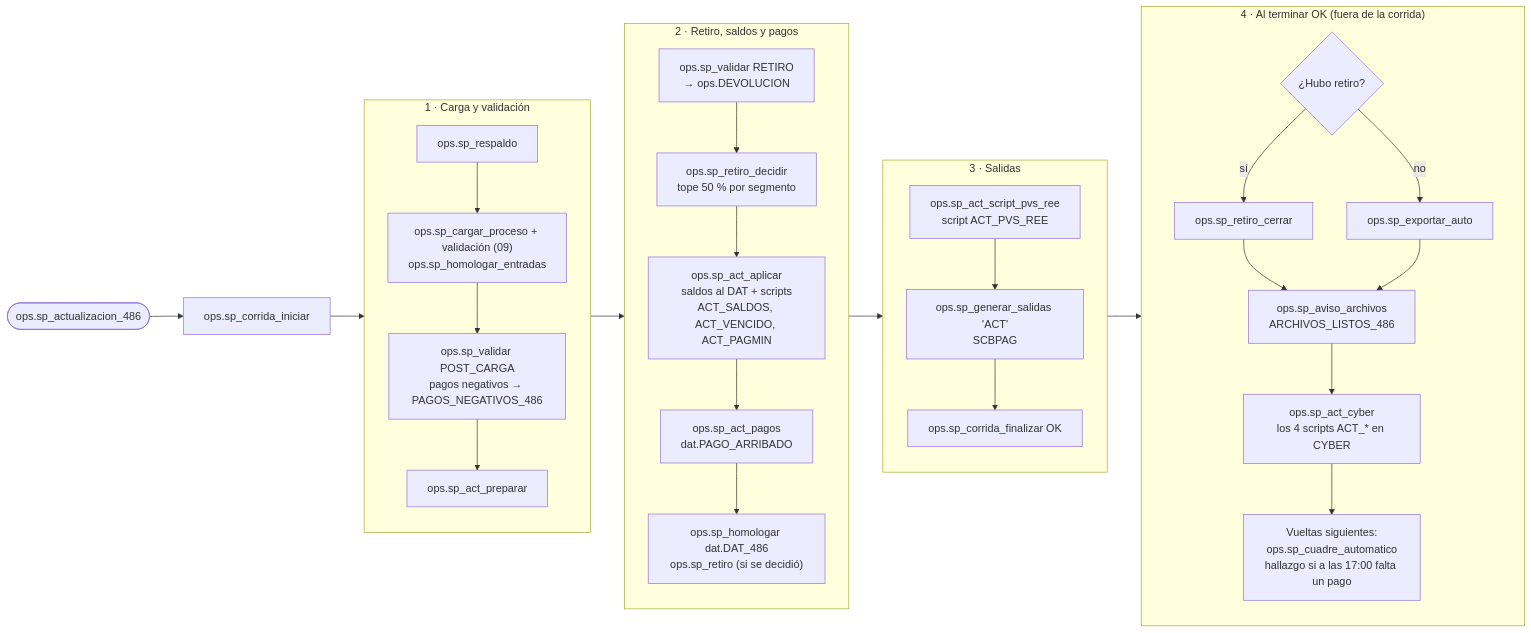
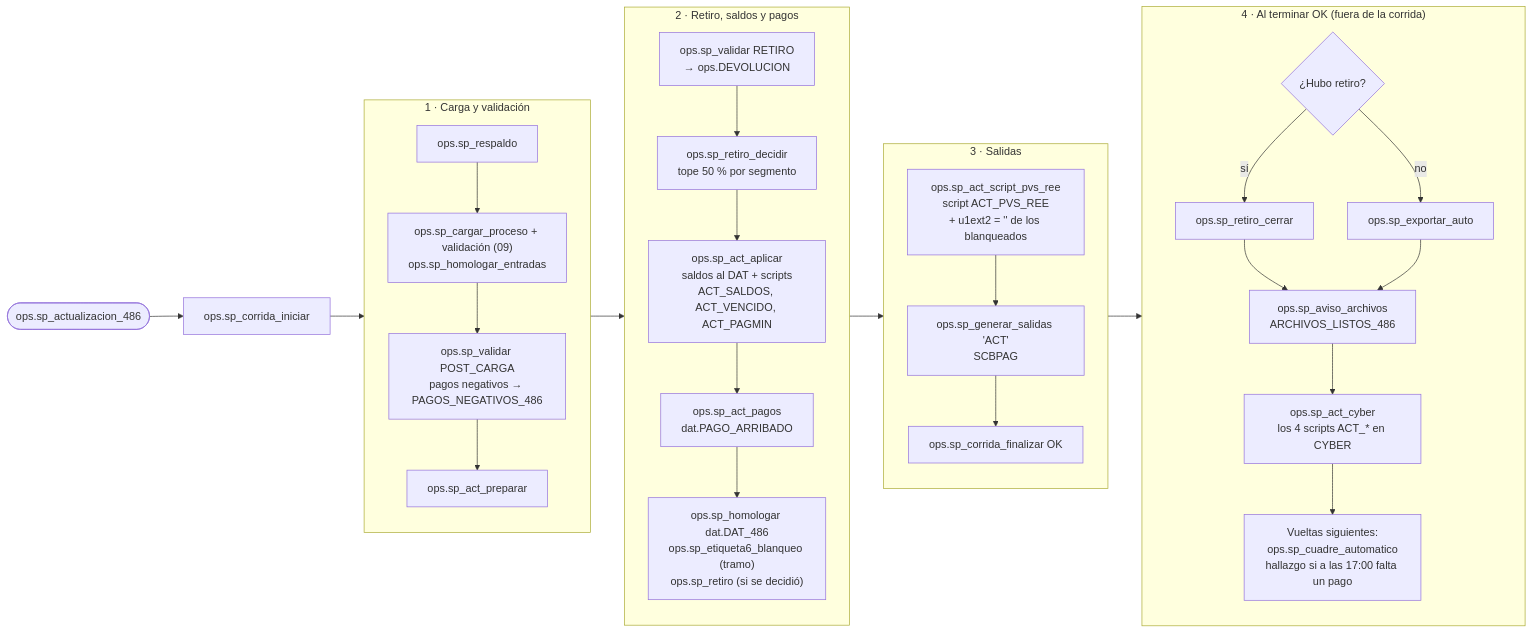
The diagram in docs/flujo/mmd/04_actualizacion.mmd (0marMF/Banbaj), drawn with Mermaid before and after one commit. The commit also changed 39 other files, not shown here.

First line of the commit message:
Validación de corridas de prueba en los scripts 06/07 y flujo 11; ETIQUETA6 en el DAT de AEM y en el CSV de MIS

```diff
--- a/docs/flujo/mmd/04_actualizacion.mmd
+++ b/docs/flujo/mmd/04_actualizacion.mmd
@@ -1,33 +1,33 @@
 flowchart LR
     S(["ops.sp_actualizacion_486"]) --> S1["ops.sp_corrida_iniciar"]
     subgraph F1["1 · Carga y validación"]
         direction TB
         A1["ops.sp_respaldo"] --> A2["ops.sp_cargar_proceso + validación (09)<br/>ops.sp_homologar_entradas"]
         A2 --> A3["ops.sp_validar POST_CARGA<br/>pagos negativos → PAGOS_NEGATIVOS_486"]
         A3 --> A4["ops.sp_act_preparar"]
     end
     subgraph F2["2 · Retiro, saldos y pagos"]
         direction TB
         A5["ops.sp_validar RETIRO<br/>→ ops.DEVOLUCION"] --> A6["ops.sp_retiro_decidir<br/>tope 50 % por segmento"]
         A6 --> A7["ops.sp_act_aplicar<br/>saldos al DAT + scripts<br/>ACT_SALDOS, ACT_VENCIDO, ACT_PAGMIN"]
         A7 --> A8["ops.sp_act_pagos<br/>dat.PAGO_ARRIBADO"]
-        A8 --> A9["ops.sp_homologar dat.DAT_486<br/>ops.sp_retiro (si se decidió)"]
+        A8 --> A9["ops.sp_homologar dat.DAT_486<br/>ops.sp_etiqueta6_blanqueo (tramo)<br/>ops.sp_retiro (si se decidió)"]
     end
     subgraph F3["3 · Salidas"]
         direction TB
-        A10["ops.sp_act_script_pvs_ree<br/>script ACT_PVS_REE"] --> A11["ops.sp_generar_salidas 'ACT'<br/>SCBPAG"]
+        A10["ops.sp_act_script_pvs_ree<br/>script ACT_PVS_REE<br/>+ u1ext2 = '' de los blanqueados"] --> A11["ops.sp_generar_salidas 'ACT'<br/>SCBPAG"]
         A11 --> A12["ops.sp_corrida_finalizar OK"]
     end
     subgraph F4["4 · Al terminar OK (fuera de la corrida)"]
         direction TB
         P1{"¿Hubo retiro?"} -- sí --> P2["ops.sp_retiro_cerrar"]
         P1 -- no --> P3["ops.sp_exportar_auto"]
         P2 --> P4["ops.sp_aviso_archivos<br/>ARCHIVOS_LISTOS_486"]
         P3 --> P4
         P4 --> P5["ops.sp_act_cyber<br/>los 4 scripts ACT_* en CYBER"]
         P5 --> P6["Vueltas siguientes:<br/>ops.sp_cuadre_automatico<br/>hallazgo si a las 17:00 falta un pago"]
     end
     S1 --> A1
     A4 --> A5
     A9 --> A10
     A12 --> P1
```
